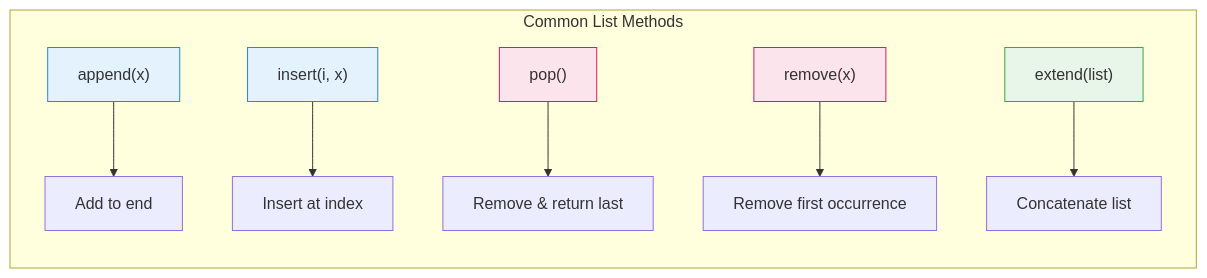
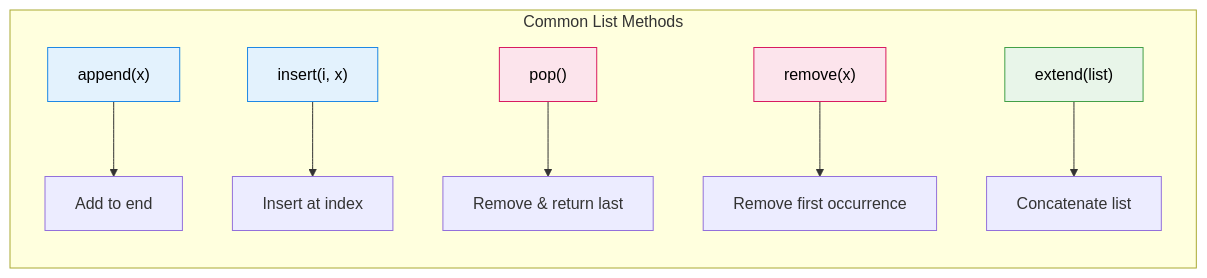
Before and after one commit to AyushSingh360/my-python-notebook: the first of 2 diagrams in 04_Lists/README.md, drawn with Mermaid. The commit also changed other lines of this file and 2 other files, not shown here.

Commit message:
feat: Add detailed READMEs for data types and operators, strings, and lists chapters.

````diff
--- a/04_Lists/README.md
+++ b/04_Lists/README.md
@@ -30,15 +30,15 @@
 ```mermaid
 graph LR
     subgraph "Common List Methods"
     A["append(x)"] --> B["Add to end"]
     C["insert(i, x)"] --> D["Insert at index"]
     E["pop()"] --> F["Remove & return last"]
     G["remove(x)"] --> H["Remove first occurrence"]
     I["extend(list)"] --> J["Concatenate list"]
     end
-    style A fill:#e3f2fd,stroke:#1e88e5
-    style C fill:#e3f2fd,stroke:#1e88e5
-    style E fill:#fce4ec,stroke:#d81b60
-    style G fill:#fce4ec,stroke:#d81b60
-    style I fill:#e8f5e9,stroke:#43a047
+    style A fill:#e3f2fd,stroke:#1e88e5,color:#000
+    style C fill:#e3f2fd,stroke:#1e88e5,color:#000
+    style E fill:#fce4ec,stroke:#d81b60,color:#000
+    style G fill:#fce4ec,stroke:#d81b60,color:#000
+    style I fill:#e8f5e9,stroke:#43a047,color:#000
 ```
````
